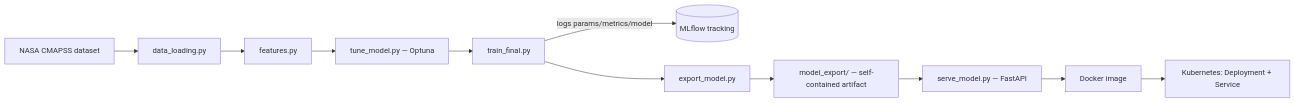
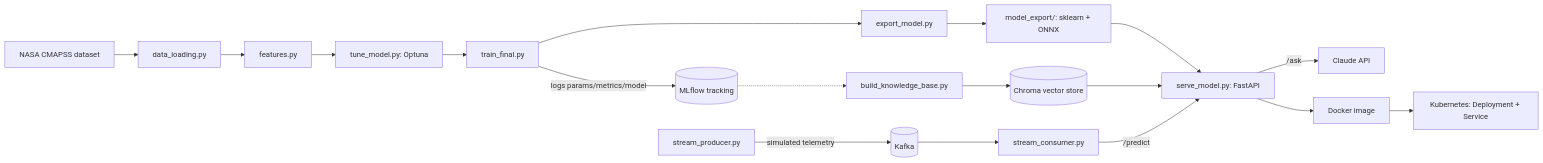
The diagram in README.md (rgriverom/predictive_maintenance), drawn with Mermaid before and after one commit. The commit also changed other lines of this file and 4 other files, not shown here.

````diff
--- a/README.md
+++ b/README.md
@@ -34,13 +26,23 @@
 ```mermaid
 graph LR
     DATA[NASA CMAPSS dataset] --> LOAD[data_loading.py]
     LOAD --> FEAT[features.py]
-    FEAT --> TUNE[tune_model.py — Optuna]
+    FEAT --> TUNE[tune_model.py: Optuna]
     TUNE --> TRAIN[train_final.py]
     TRAIN -->|logs params/metrics/model| MLFLOW[(MLflow tracking)]
     TRAIN --> EXPORT[export_model.py]
-    EXPORT --> MODELEXPORT[model_export/ — self-contained artifact]
-    MODELEXPORT --> SERVE[serve_model.py — FastAPI]
+    EXPORT --> MODELEXPORT[model_export/: sklearn + ONNX]
+    MODELEXPORT --> SERVE[serve_model.py: FastAPI]
+
+    KB[build_knowledge_base.py] --> CHROMA[(Chroma vector store)]
+    MLFLOW -.-> KB
+    CHROMA --> SERVE
+    SERVE -->|/ask| CLAUDE[Claude API]
+
+    PRODUCER[stream_producer.py] -->|simulated telemetry| KAFKA[(Kafka)]
+    KAFKA --> CONSUMER[stream_consumer.py]
+    CONSUMER -->|/predict| SERVE
+
     SERVE --> DOCKER[Docker image]
     DOCKER --> K8S[Kubernetes: Deployment + Service]
 ```
````
